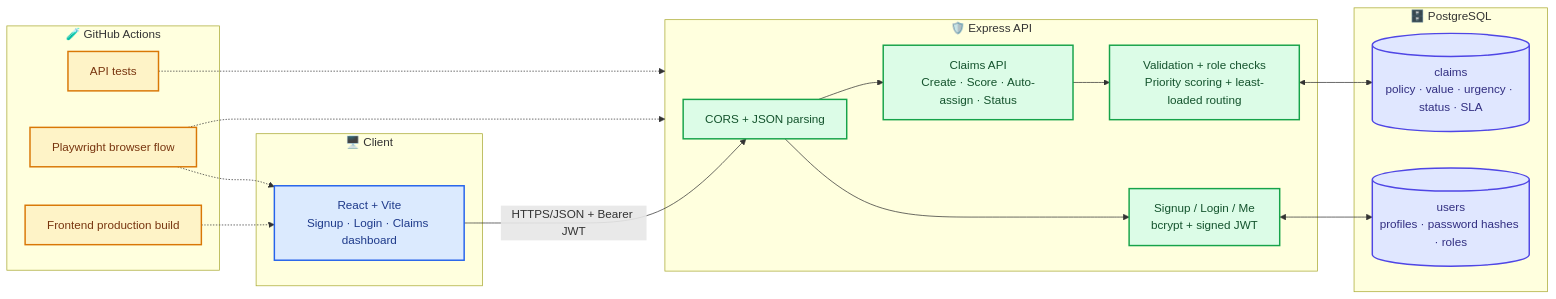
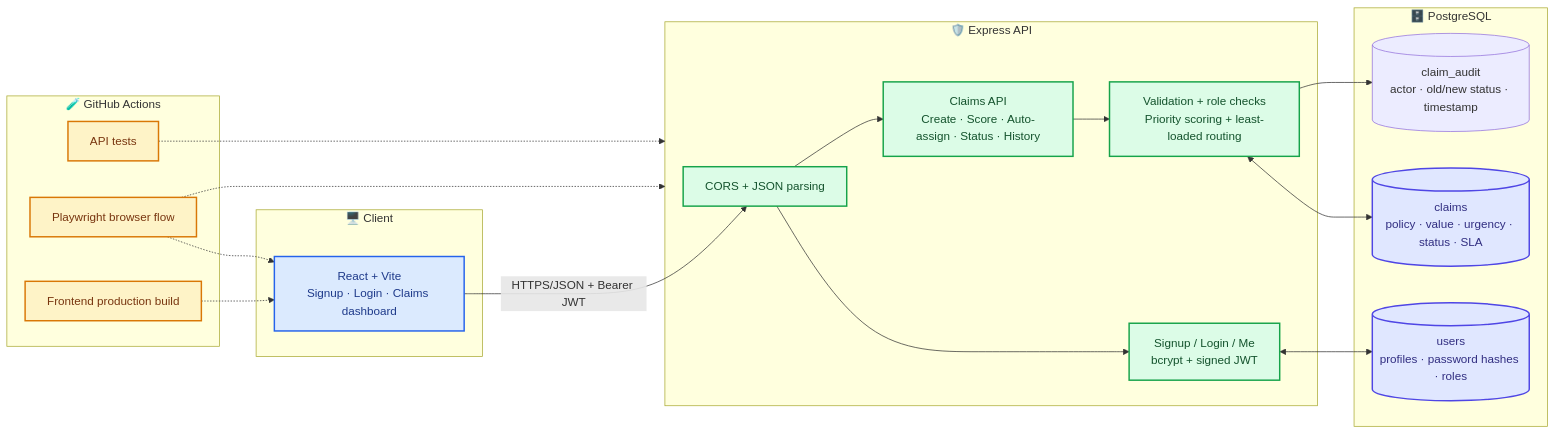
One commit to Neemasree/CLAIMSYNC changed the diagram in docs/architecture.mmd. Above: the diagram before and after it, drawn with Mermaid.

Commit message:
docs: add claim audit store to architecture

```diff
--- a/docs/architecture.mmd
+++ b/docs/architecture.mmd
@@ -1,37 +1,39 @@
 flowchart LR
   subgraph CLIENT["🖥️ Client"]
     UI["React + Vite<br/>Signup · Login · Claims dashboard"]
   end
   subgraph SERVER["🛡️ Express API"]
     CORS["CORS + JSON parsing"]
     AUTH["Signup / Login / Me<br/>bcrypt + signed JWT"]
-    CLAIMS["Claims API<br/>Create · Score · Auto-assign · Status"]
+    CLAIMS["Claims API<br/>Create · Score · Auto-assign · Status · History"]
     RULES["Validation + role checks<br/>Priority scoring + least-loaded routing"]
   end
   subgraph DATA["🗄️ PostgreSQL"]
     USERS[("users<br/>profiles · password hashes · roles")]
     CLAIMDB[("claims<br/>policy · value · urgency · status · SLA")]
+    AUDIT[("claim_audit<br/>actor · old/new status · timestamp")]
   end
   subgraph QUALITY["🧪 GitHub Actions"]
     API_TEST["API tests"]
     E2E["Playwright browser flow"]
     BUILD["Frontend production build"]
   end
   UI -->|"HTTPS/JSON + Bearer JWT"| CORS
   CORS --> AUTH
   CORS --> CLAIMS
   CLAIMS --> RULES
   AUTH <--> USERS
   RULES <--> CLAIMDB
+  RULES --> AUDIT
   API_TEST -.-> SERVER
   E2E -.-> UI
   E2E -.-> SERVER
   BUILD -.-> UI
   classDef client fill:#DBEAFE,stroke:#2563EB,color:#1E3A8A,stroke-width:2px
   classDef api fill:#DCFCE7,stroke:#16A34A,color:#14532D,stroke-width:2px
   classDef data fill:#E0E7FF,stroke:#4F46E5,color:#312E81,stroke-width:2px
   classDef quality fill:#FEF3C7,stroke:#D97706,color:#78350F,stroke-width:2px
   class UI client
   class CORS,AUTH,CLAIMS,RULES api
   class USERS,CLAIMDB data
   class API_TEST,E2E,BUILD quality
```
